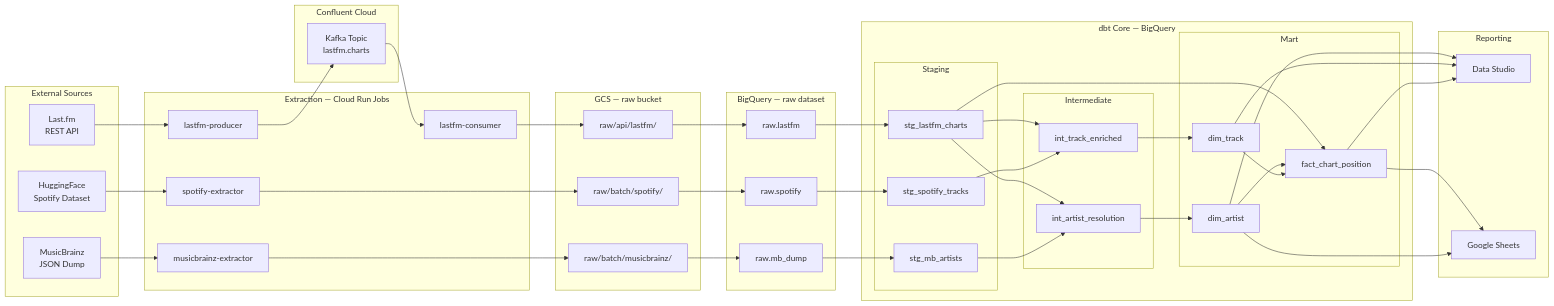
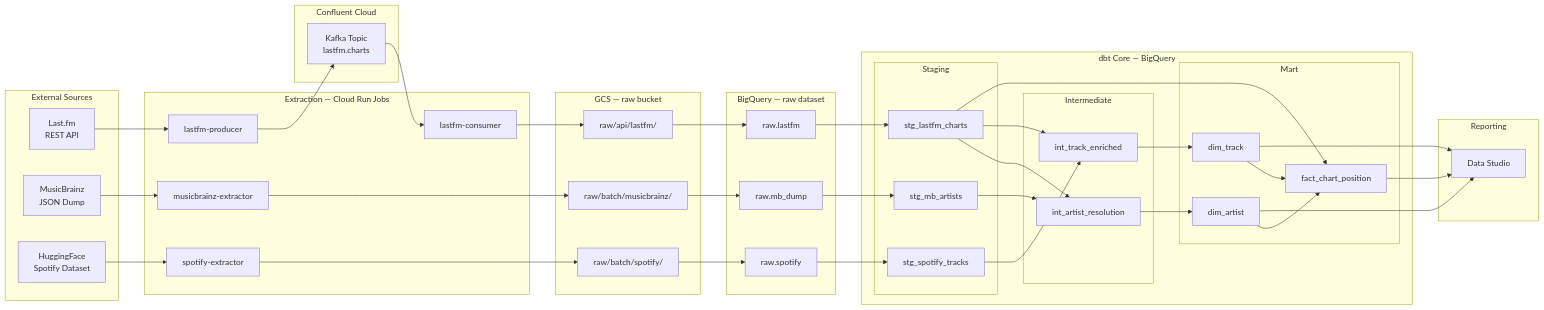
One commit to dbryne03/gcp-music-0001 changed the first of 3 diagrams in TDD.md. Above: the diagram before and after it, drawn with Mermaid. The commit also changed other lines of this file and 1 other file, not shown here.

Commit message:
[docs] - drop Google Sheets, Data Studio only

````diff
--- a/TDD.md
+++ b/TDD.md
@@ -103,7 +103,6 @@
 
     subgraph RPT["Reporting"]
         LOOKER["Data Studio"]
-        SHEETS["Google Sheets"]
     end
 
     LFMAPI --> LFMJOB
@@ -139,6 +138,4 @@
     M1 --> LOOKER
     M2 --> LOOKER
     M3 --> LOOKER
-    M3 --> SHEETS
-    M1 --> SHEETS
 ```
````
